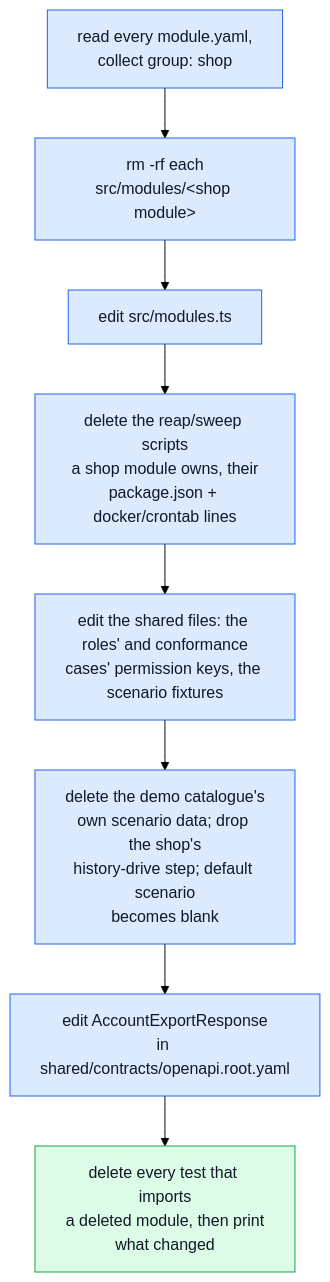
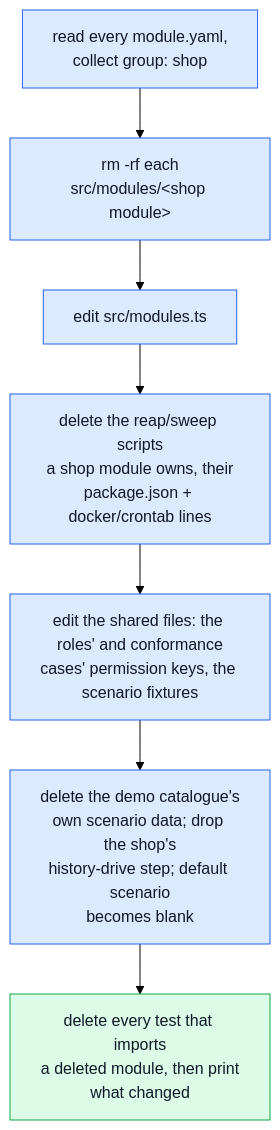
One commit to Guebbit/boilerplate-node-backend changed the second of 2 diagrams in docs/getting-started-new-project.md. Above: the diagram before and after it, drawn with Mermaid (forest theme). The commit also changed other lines of this file and 26 other files, not shown here.

First line of the commit message:
feat(contracts): assemble the data export schema from each module's own section

````diff
--- a/docs/getting-started-new-project.md
+++ b/docs/getting-started-new-project.md
@@ -66,15 +66,14 @@
 ```mermaid
 flowchart TD
     Names["read every module.yaml,\ncollect group: shop"] --> Folders["rm -rf each\nsrc/modules/&lt;shop module&gt;"]
     Folders --> Registry["edit src/modules.ts"]
     Registry --> Ops["delete the reap/sweep scripts\na shop module owns, their\npackage.json + docker/crontab lines"]
     Ops --> Shared["edit the shared files: the roles' and conformance\ncases' permission keys, the scenario fixtures"]
     Shared --> Scenario["delete the demo catalogue's\nown scenario data; drop the shop's\nhistory-drive step; default scenario\nbecomes blank"]
-    Scenario --> Contract["edit AccountExportResponse\nin shared/contracts/openapi.root.yaml"]
-    Contract --> Report["delete every test that imports\na deleted module, then print\nwhat changed"]
+    Scenario --> Report["delete every test that imports\na deleted module, then print\nwhat changed"]
 
     classDef step fill:#dbeafe,stroke:#2563eb,color:#111827;
     classDef done fill:#dcfce7,stroke:#16a34a,color:#111827;
-    class Names,Folders,Registry,Ops,Shared,Scenario,Contract step;
+    class Names,Folders,Registry,Ops,Shared,Scenario step;
     class Report done;
 ```
````
